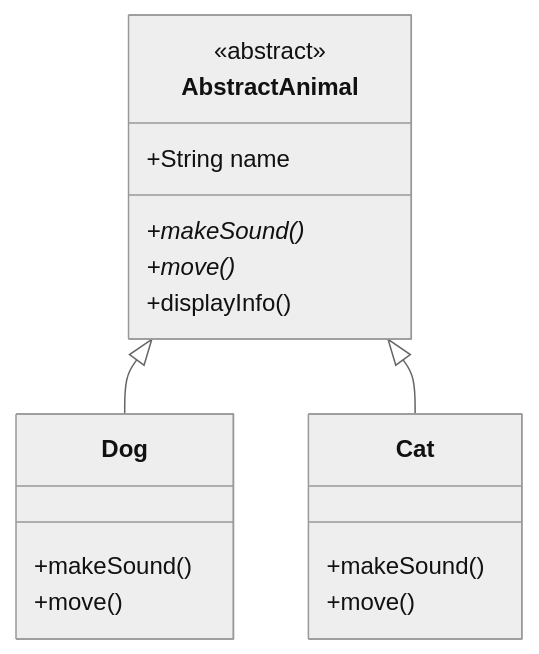
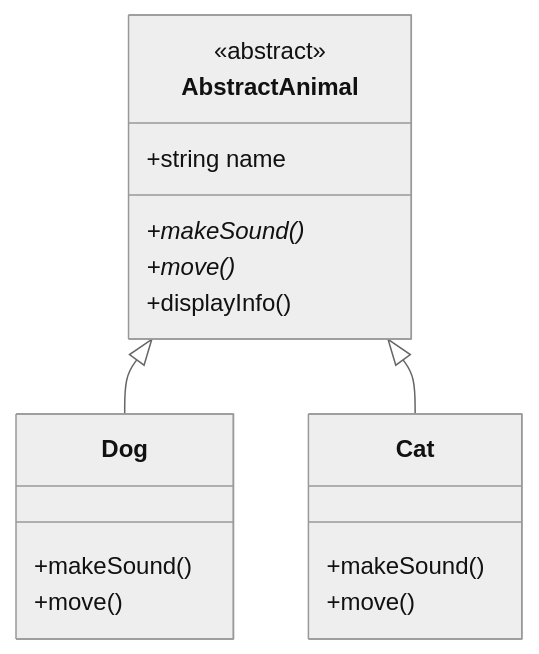
One commit to KnowledgeCenterYoutube/LLD changed the first of 3 diagrams in topics/01-oop-fundamentals/interfaces-abstract-classes.md. Above: the diagram before and after it, drawn with Mermaid (neutral theme). The commit also changed other lines of this file and 3 other files, not shown here.

````diff
--- a/topics/01-oop-fundamentals/interfaces-abstract-classes.md
+++ b/topics/01-oop-fundamentals/interfaces-abstract-classes.md
@@ -10,20 +10,20 @@
 ```mermaid
 classDiagram
     class AbstractAnimal {
         <<abstract>>
-        +String name
+        +string name
         +makeSound()*
         +move()*
         +displayInfo()
     }
     class Dog {
         +makeSound()
         +move()
     }
     class Cat {
         +makeSound()
         +move()
     }
     AbstractAnimal <|-- Dog
     AbstractAnimal <|-- Cat
 ```
````
